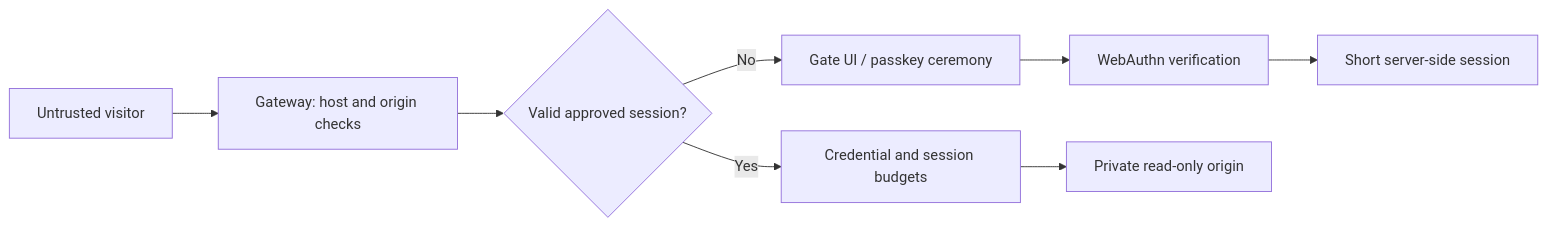
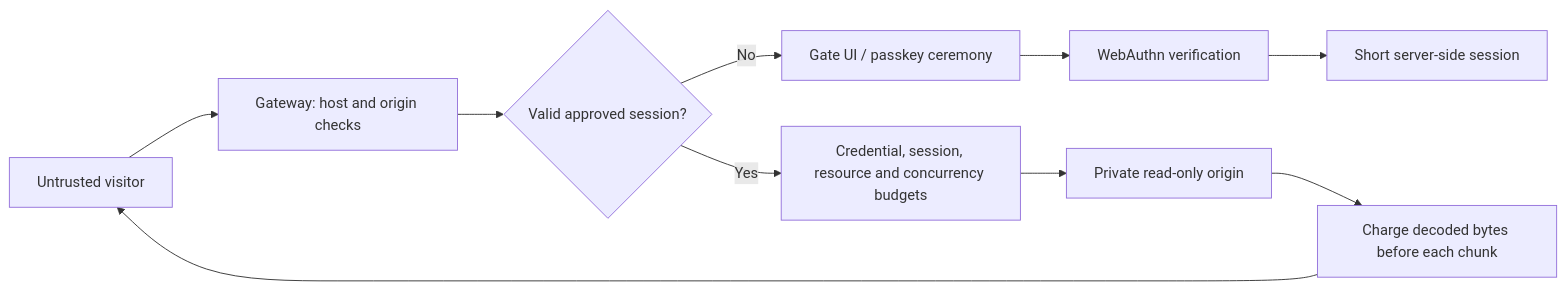
Before and after one commit to mohakmalviya/voight: the diagram in docs/threat-model.md, drawn with Mermaid. The commit also changed other lines of this file and 19 other files, not shown here.

````diff
--- a/docs/threat-model.md
+++ b/docs/threat-model.md
@@ -11,10 +11,12 @@
 ```mermaid
 flowchart LR
   V[Untrusted visitor] --> G[Gateway: host and origin checks]
   G --> A{Valid approved session?}
   A -->|No| P[Gate UI / passkey ceremony]
   P --> W[WebAuthn verification]
   W --> S[Short server-side session]
-  A -->|Yes| B[Credential and session budgets]
+  A -->|Yes| B[Credential, session, resource and concurrency budgets]
   B --> O[Private read-only origin]
+  O --> C[Charge decoded bytes before each chunk]
+  C --> V
 ```
````
